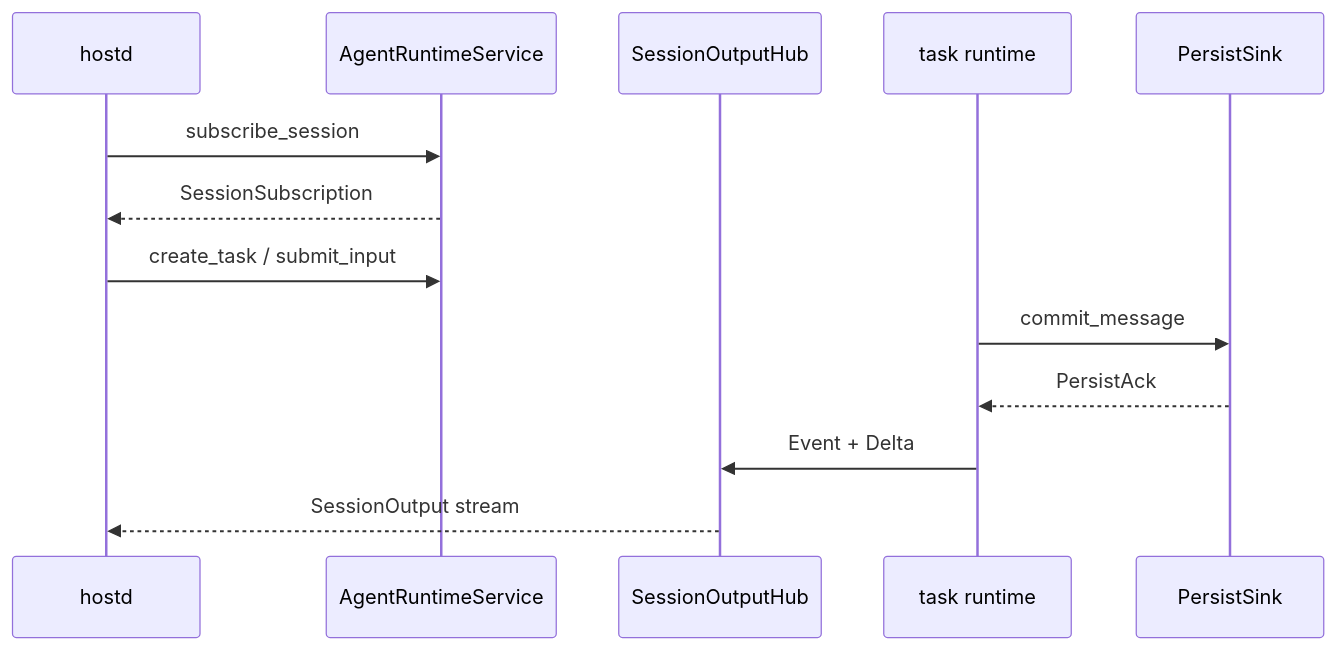
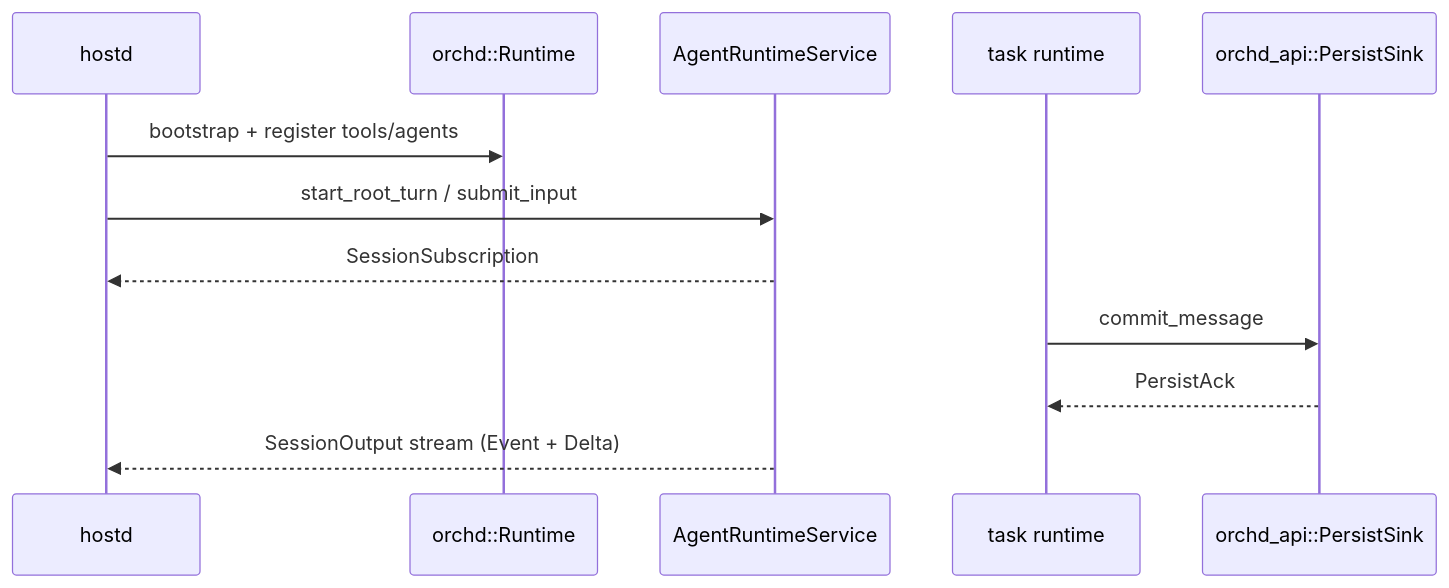
Before and after one commit to biuld/piko: the diagram in packages/orchd/docs/overview.md, drawn with Mermaid. The commit also changed other lines of this file and 74 other files, not shown here.

First line of the commit message:
Extract orchd-api and consolidate the orchd public integration surface.

````diff
--- a/packages/orchd/docs/overview.md
+++ b/packages/orchd/docs/overview.md
@@ -67,16 +67,15 @@
 ```mermaid
 sequenceDiagram
     participant Host as hostd
-    participant RT as AgentRuntimeService
-    participant Hub as SessionOutputHub
+    participant Boot as orchd::Runtime
+    participant API as AgentRuntimeService
     participant Task as task runtime
-    participant Store as PersistSink
+    participant Store as orchd_api::PersistSink
 
-    Host->>RT: subscribe_session
-    RT-->>Host: SessionSubscription
-    Host->>RT: create_task / submit_input
+    Host->>Boot: bootstrap + register tools/agents
+    Host->>API: start_root_turn / submit_input
+    API-->>Host: SessionSubscription
     Task->>Store: commit_message
     Store-->>Task: PersistAck
-    Task->>Hub: Event + Delta
-    Hub-->>Host: SessionOutput stream
+    API-->>Host: SessionOutput stream (Event + Delta)
 ```
````
